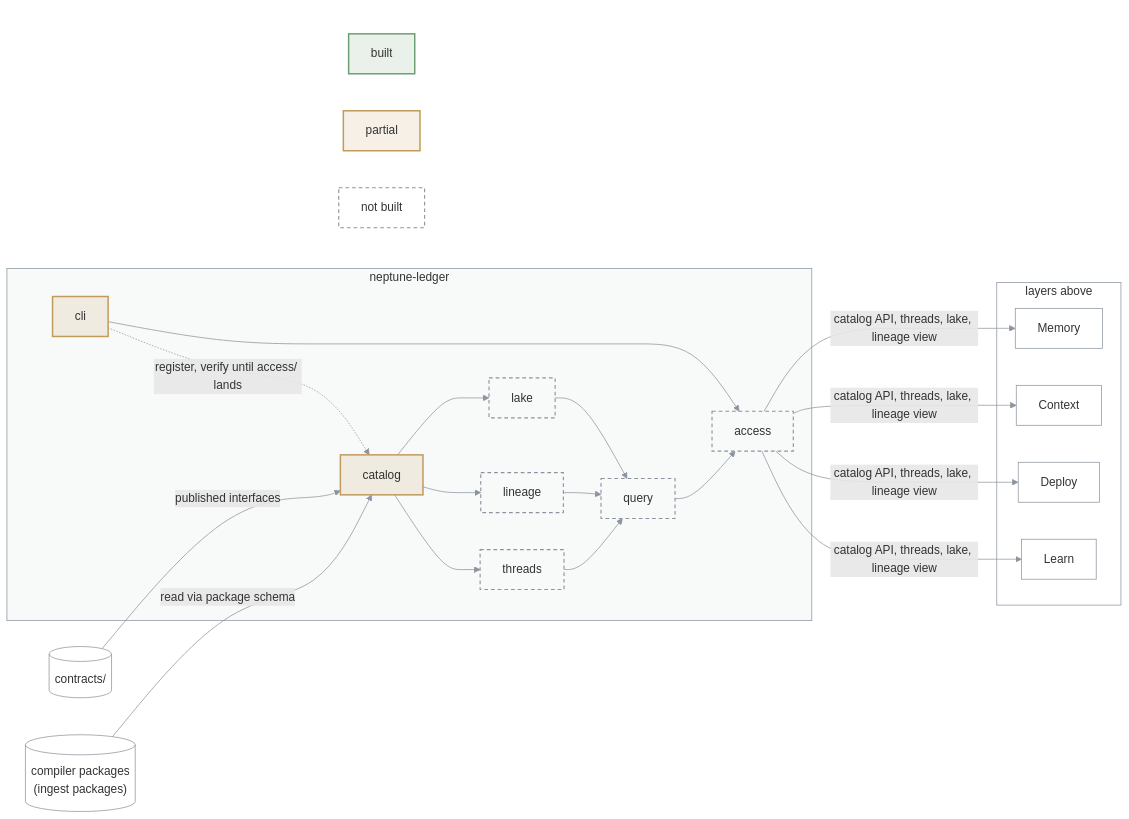
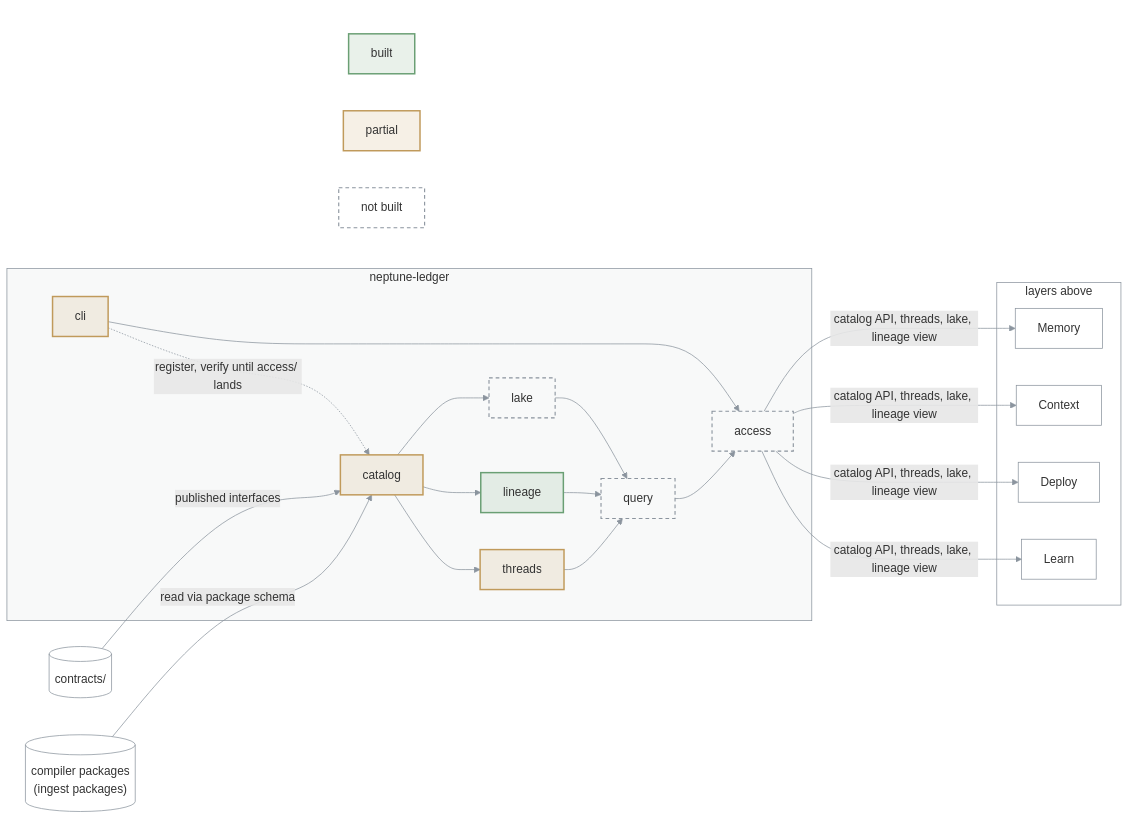
One commit to bennytay/neptune changed the diagram in packages/neptune-ledger/ARCHITECTURE.md. Above: the diagram before and after it, drawn with Mermaid. The commit also changed 75 other files, not shown here.

````diff
--- a/packages/neptune-ledger/ARCHITECTURE.md
+++ b/packages/neptune-ledger/ARCHITECTURE.md
@@ -3,55 +3,55 @@
 ```mermaid
 flowchart LR
   PKG[("compiler packages<br/>(ingest packages)")]
   CON[("contracts/")]
 
   subgraph L["neptune-ledger"]
     CAT["catalog"]
     THR["threads"]
     LIN["lineage"]
     LAKE["lake"]
     QRY["query"]
     ACC["access"]
     CLI["cli"]
   end
 
   subgraph UP["layers above"]
     MEM["Memory"]
     CTX["Context"]
     DEP["Deploy"]
     LRN["Learn"]
   end
 
   PKG -->|read via package schema| CAT
   CON -->|published interfaces| CAT
   CAT --> THR
   CAT --> LIN
   CAT --> LAKE
   THR --> QRY
   LIN --> QRY
   LAKE --> QRY
   QRY --> ACC
   ACC -->|catalog API, threads, lake, lineage view| MEM & CTX & DEP & LRN
   CLI --> ACC
   CLI -.->|register, verify until access/ lands| CAT
 
   subgraph KEY[" "]
     K1["built"]
     K2["partial"]
     K3["not built"]
   end
   CLI ~~~ K1 & K2 & K3
 
   classDef built fill:#6a9f7426,stroke:#6a9f74,stroke-width:2px
   classDef partial fill:#c09a5b26,stroke:#c09a5b,stroke-width:2px
   classDef todo fill:none,stroke:#8b949e,stroke-width:1.5px,stroke-dasharray:5 4
   classDef ext fill:none,stroke:#8b949e,stroke-width:1px
-  class K1 built
-  class CAT,CLI,K2 partial
-  class THR,LIN,LAKE,QRY,ACC,K3 todo
+  class LIN,K1 built
+  class CAT,THR,CLI,K2 partial
+  class LAKE,QRY,ACC,K3 todo
   class PKG,CON,MEM,CTX,DEP,LRN ext
   style L fill:#8b949e0f,stroke:#8b949e
   style UP fill:none,stroke:#8b949e
   style KEY fill:none,stroke:none
   linkStyle default stroke:#8b949e
 ```
````
